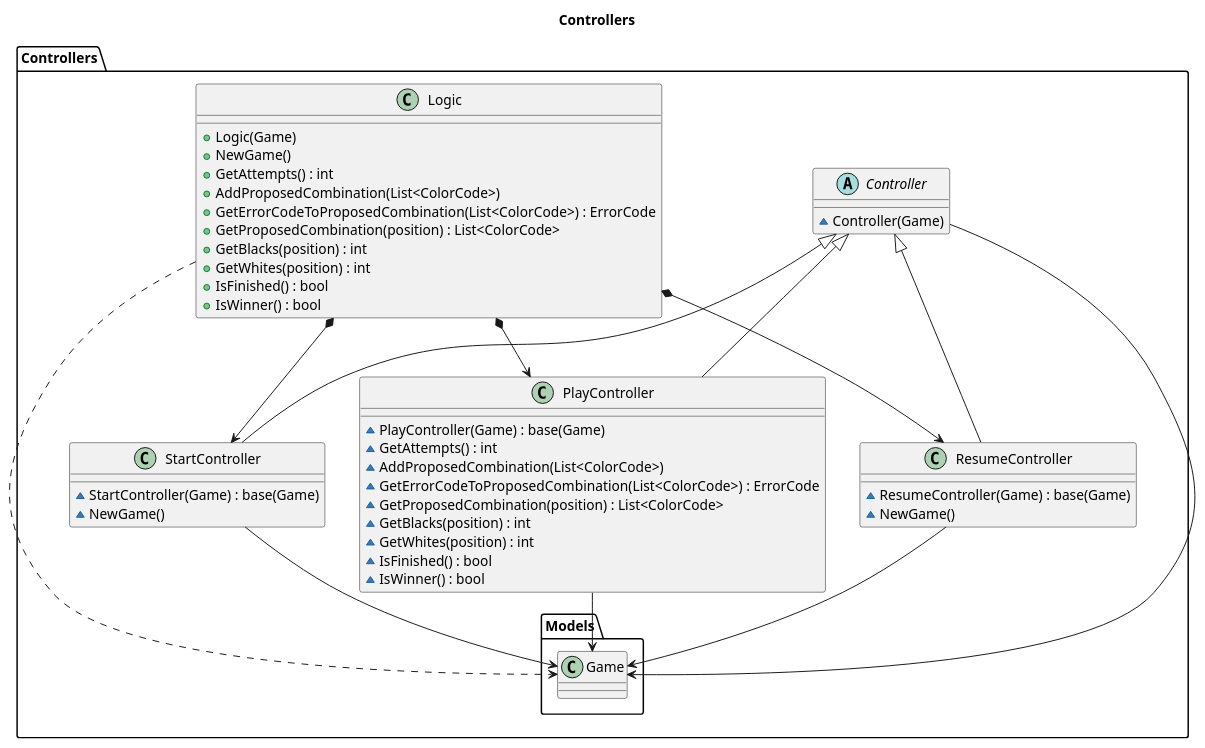
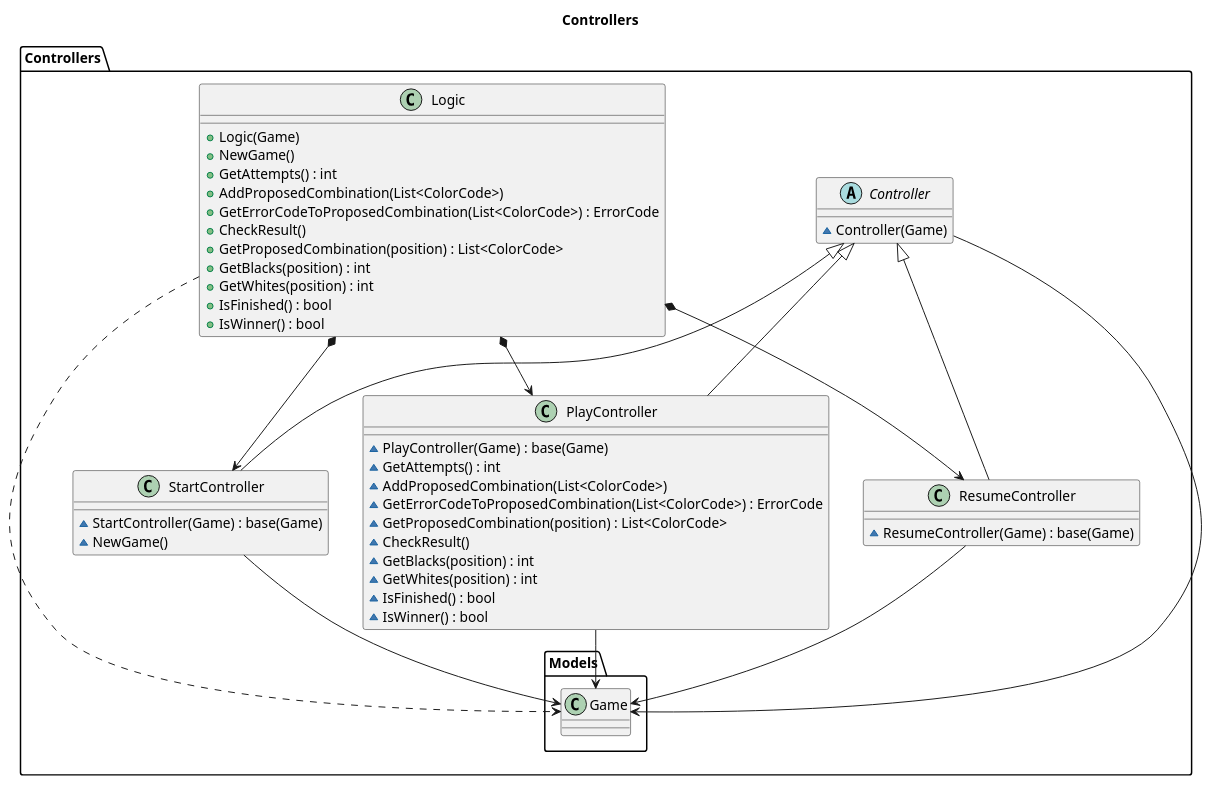
Before and after one commit to franpaulinoinfante/MasterSoftwareDevelopment: the diagram in src/Mastermind/ModelViewPresenter/PresentationModel/Facade/Docs/Controllers.plantuml, drawn with PlantUML. The commit also changed 21 other files, not shown here.

```diff
--- a/src/Mastermind/ModelViewPresenter/PresentationModel/Facade/Docs/Controllers.plantuml
+++ b/src/Mastermind/ModelViewPresenter/PresentationModel/Facade/Docs/Controllers.plantuml
@@ -1,55 +1,56 @@
 @startuml Controllers
 title Controllers
 namespace Controllers{
     abstract Controller{
         ~Controller(Game)
     }
     Controller --> Models.Game
     Controller <|-- StartController
     Controller <|-- PlayController
     Controller <|-- ResumeController
 
     class StartController{
         ~StartController(Game) : base(Game)
         ~NewGame()
     }
     StartController --> Models.Game
 
     class PlayController{
         ~PlayController(Game) : base(Game)
         ~GetAttempts() : int
         ~AddProposedCombination(List<ColorCode>)
         ~GetErrorCodeToProposedCombination(List<ColorCode>) : ErrorCode
         ~GetProposedCombination(position) : List<ColorCode>
+        ~CheckResult()
         ~GetBlacks(position) : int
         ~GetWhites(position) : int
         ~IsFinished() : bool
         ~IsWinner() : bool
     }
     PlayController --> Models.Game
 
 
     class ResumeController{
         ~ResumeController(Game) : base(Game)
-        ~NewGame()
     }
     ResumeController --> Models.Game
 
     class Logic{
         +Logic(Game)
         +NewGame()
         +GetAttempts() : int
         +AddProposedCombination(List<ColorCode>)
         +GetErrorCodeToProposedCombination(List<ColorCode>) : ErrorCode
+        +CheckResult()
         +GetProposedCombination(position) : List<ColorCode>
         +GetBlacks(position) : int
         +GetWhites(position) : int
         +IsFinished() : bool
         +IsWinner() : bool
     }
     Logic ..> Models.Game
     Logic *--> StartController
     Logic *--> PlayController
     Logic *--> ResumeController
 }
 @enduml
```
